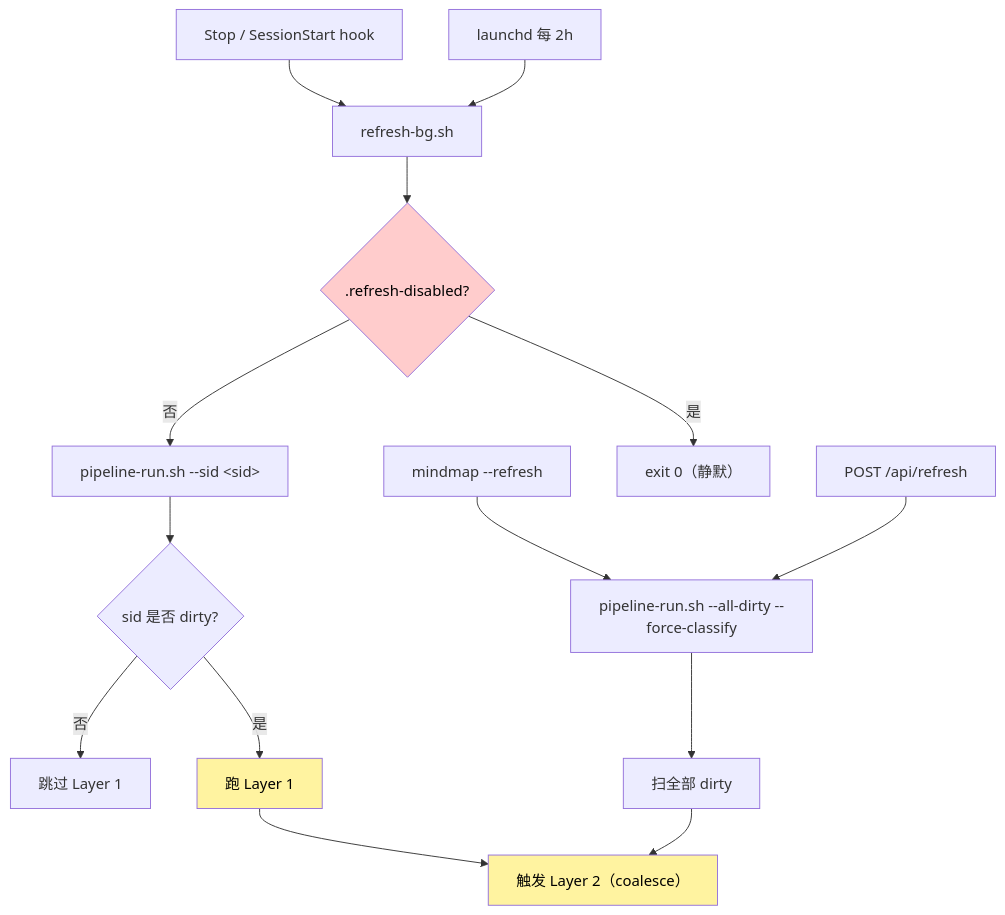
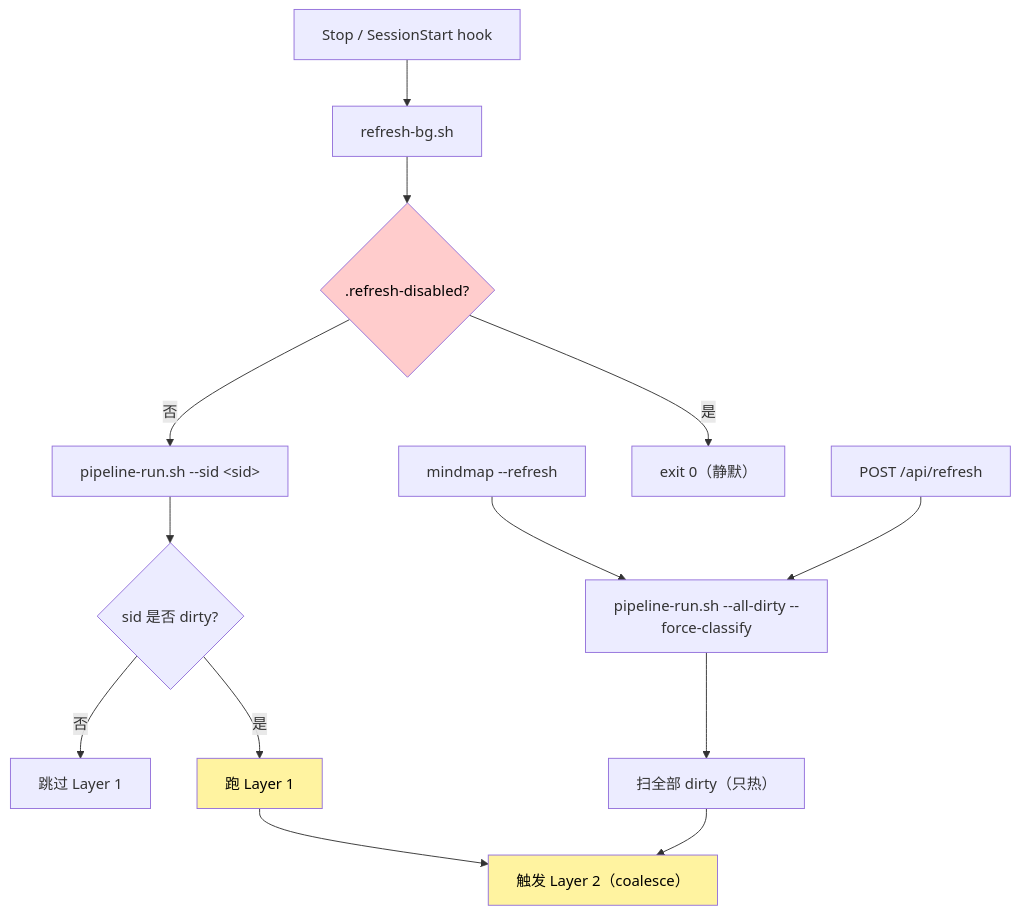
One commit to Icesource/claude-code-worktree changed the fourth of 8 diagrams in docs/zh-CN/ARCHITECTURE.md. Above: the diagram before and after it, drawn with Mermaid. The commit also changed other lines of this file and 6 other files, not shown here.

````diff
--- a/docs/zh-CN/ARCHITECTURE.md
+++ b/docs/zh-CN/ARCHITECTURE.md
@@ -279,21 +278,20 @@
 ```mermaid
 flowchart TD
     H["Stop / SessionStart hook"] --> RB["refresh-bg.sh"]
-    LA["launchd 每 2h"] --> RB
     UR["mindmap --refresh"] --> Pipe["pipeline-run.sh --all-dirty --force-classify"]
     API["POST /api/refresh"] --> Pipe
 
     RB --> KS{".refresh-disabled?"}
     KS -- 是 --> Exit["exit 0（静默）"]
     KS -- 否 --> PipeSid["pipeline-run.sh --sid &lt;sid&gt;"]
     PipeSid --> L1?{"sid 是否 dirty?"}
     L1? -- 否 --> Skip["跳过 Layer 1"]
     L1? -- 是 --> L1["跑 Layer 1"]
     L1 --> L2["触发 Layer 2（coalesce）"]
-    Pipe --> Bf["扫全部 dirty"]
+    Pipe --> Bf["扫全部 dirty（只热）"]
     Bf --> L2
 
     style KS fill:#fcc,color:#000
     style L1 fill:#fff3a0,color:#000
     style L2 fill:#fff3a0,color:#000
 ```
````
